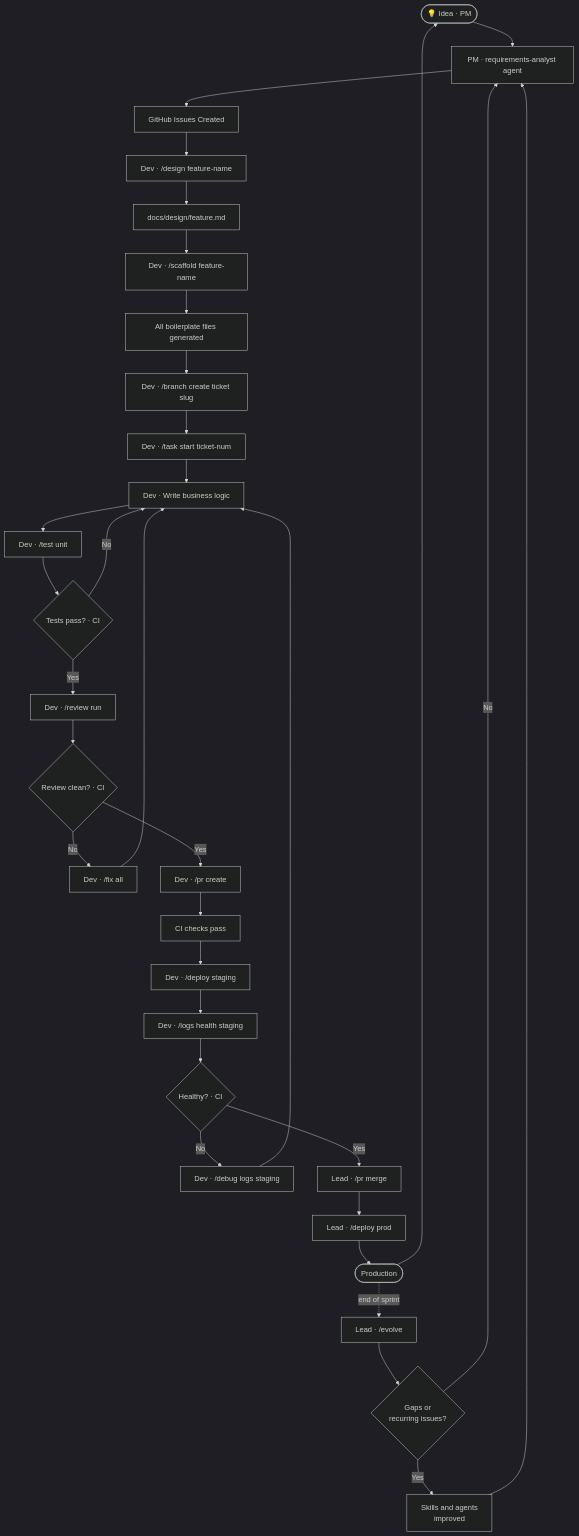
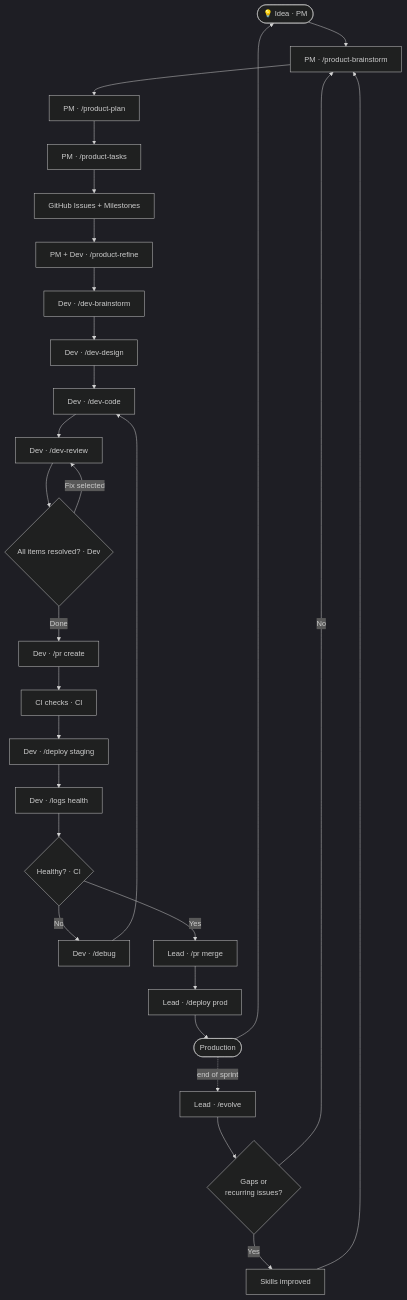
One commit to manikumarkv/devrunway-claude-plugin changed the first of 12 diagrams in README.md. Above: the diagram before and after it, drawn with Mermaid (dark theme). The commit also changed other lines of this file and 14 other files, not shown here.

````diff
--- a/README.md
+++ b/README.md
@@ -19,35 +19,30 @@
 ```mermaid
 flowchart TD
-    A(["💡 Idea · PM"]) --> B["PM · requirements-analyst agent"]
-    B --> C[GitHub Issues Created]
-    C --> D["Dev · /design feature-name"]
-    D --> E["docs/design/feature.md"]
-    E --> F["Dev · /scaffold feature-name"]
-    F --> G[All boilerplate files generated]
-    G --> H["Dev · /branch create ticket slug"]
-    H --> I["Dev · /task start ticket-num"]
-    I --> J["Dev · Write business logic"]
-    J --> K["Dev · /test unit"]
-    K --> L{Tests pass? · CI}
-    L -- No --> J
-    L -- Yes --> M["Dev · /review run"]
-    M --> N{Review clean? · CI}
-    N -- No --> O["Dev · /fix all"]
-    O --> J
-    N -- Yes --> P["Dev · /pr create"]
-    P --> Q[CI checks pass]
-    Q --> R["Dev · /deploy staging"]
-    R --> S["Dev · /logs health staging"]
-    S --> T{Healthy? · CI}
-    T -- No --> U["Dev · /debug logs staging"]
-    U --> J
-    T -- Yes --> V["Lead · /pr merge"]
-    V --> W["Lead · /deploy prod"]
-    W --> X([Production])
-    X --> A
-    X -.->|"end of sprint"| Y["Lead · /evolve"]
-    Y --> Z{Gaps or\nrecurring issues?}
-    Z -- Yes --> AA[Skills and agents\nimproved]
-    AA --> B
-    Z -- No --> B
+    A(["💡 Idea · PM"]) --> B["PM · /product-brainstorm"]
+    B --> C["PM · /product-plan"]
+    C --> D["PM · /product-tasks"]
+    D --> E[GitHub Issues + Milestones]
+    E --> F["PM + Dev · /product-refine"]
+    F --> G["Dev · /dev-brainstorm"]
+    G --> H["Dev · /dev-design"]
+    H --> I["Dev · /dev-code"]
+    I --> J["Dev · /dev-review"]
+    J --> K{All items resolved? · Dev}
+    K -- Fix selected --> J
+    K -- Done --> L["Dev · /pr create"]
+    L --> M[CI checks · CI]
+    M --> N["Dev · /deploy staging"]
+    N --> O["Dev · /logs health"]
+    O --> P{Healthy? · CI}
+    P -- No --> Q["Dev · /debug"]
+    Q --> I
+    P -- Yes --> R["Lead · /pr merge"]
+    R --> S["Lead · /deploy prod"]
+    S --> T([Production])
+    T --> A
+    T -.->|"end of sprint"| U["Lead · /evolve"]
+    U --> V{Gaps or\nrecurring issues?}
+    V -- Yes --> W[Skills improved]
+    W --> B
+    V -- No --> B
 ```
````
